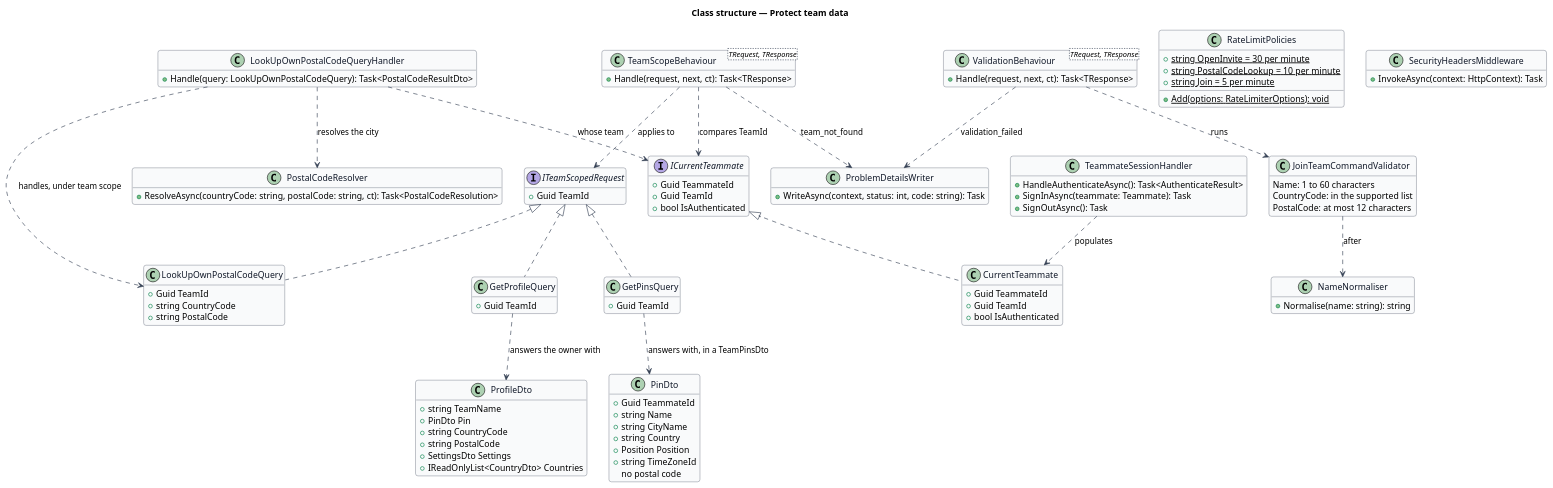
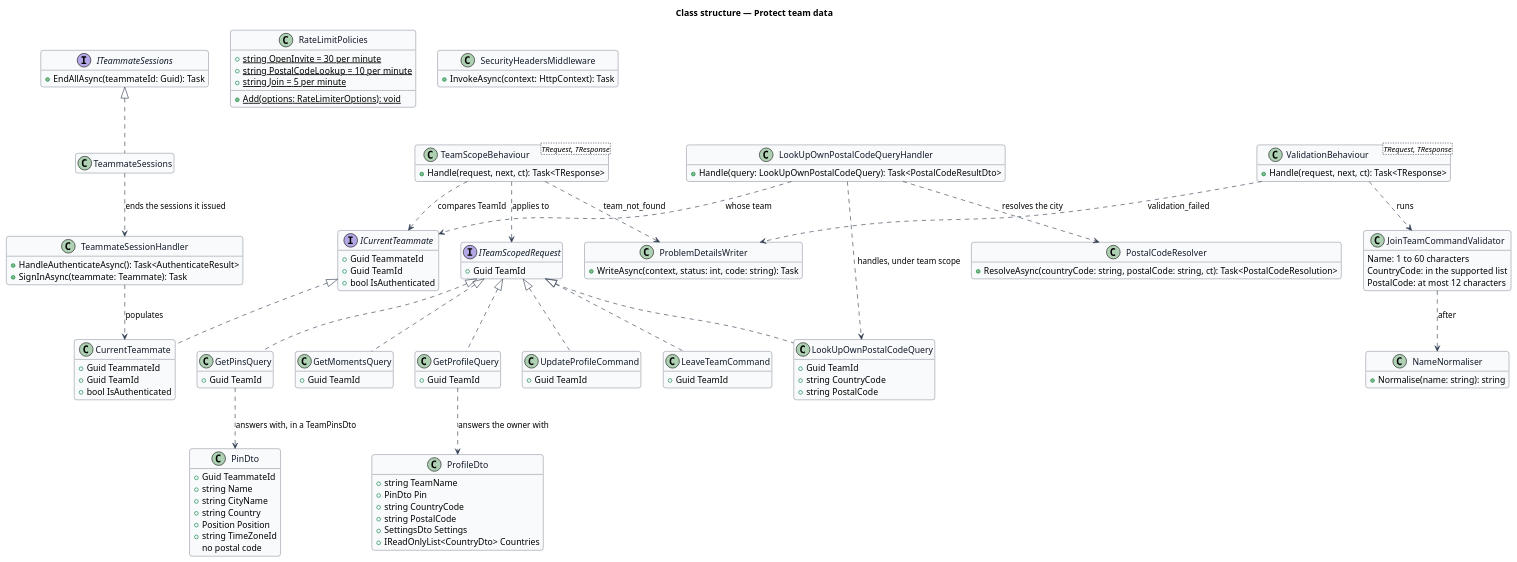
The diagram in docs/detailed-designs/platform/protect-team-data/diagrams/class-structure.puml (QuinntyneBrown/Mondino), drawn with PlantUML before and after one commit. The commit also changed 20 other files, not shown here.

First line of the commit message:
Give every globe, team, time, weather and moments criterion a home: sixth pass

```diff
--- a/docs/detailed-designs/platform/protect-team-data/diagrams/class-structure.puml
+++ b/docs/detailed-designs/platform/protect-team-data/diagrams/class-structure.puml
@@ -1,127 +1,149 @@
 @startuml
 skinparam backgroundColor #FFFFFF
 skinparam shadowing false
 skinparam roundcorner 8
 skinparam defaultFontName Arial
 skinparam ArrowColor #344054
 skinparam class {
   BorderColor #344054
   FontColor #101828
   BackgroundColor #F9FAFB
 }
 hide empty members
 title Class structure — Protect team data
 
 interface ICurrentTeammate {
   +Guid TeammateId
   +Guid TeamId
   +bool IsAuthenticated
 }
 
 class CurrentTeammate {
   +Guid TeammateId
   +Guid TeamId
   +bool IsAuthenticated
 }
 
 class TeammateSessionHandler {
   +HandleAuthenticateAsync(): Task<AuthenticateResult>
   +SignInAsync(teammate: Teammate): Task
-  +SignOutAsync(): Task
 }
+
+interface ITeammateSessions {
+  +EndAllAsync(teammateId: Guid): Task
+}
+
+class TeammateSessions
 
 interface ITeamScopedRequest {
   +Guid TeamId
 }
 
 class TeamScopeBehaviour<TRequest, TResponse> {
   +Handle(request, next, ct): Task<TResponse>
 }
 
 class ValidationBehaviour<TRequest, TResponse> {
   +Handle(request, next, ct): Task<TResponse>
 }
 
 class JoinTeamCommandValidator {
   Name: 1 to 60 characters
   CountryCode: in the supported list
   PostalCode: at most 12 characters
 }
 
 class NameNormaliser {
   +Normalise(name: string): string
 }
 
 class RateLimitPolicies {
   +{static} string OpenInvite = 30 per minute
   +{static} string PostalCodeLookup = 10 per minute
   +{static} string Join = 5 per minute
   +{static} Add(options: RateLimiterOptions): void
 }
 
 class SecurityHeadersMiddleware {
   +InvokeAsync(context: HttpContext): Task
 }
 
 class ProblemDetailsWriter {
   +WriteAsync(context, status: int, code: string): Task
 }
 
 class PinDto {
   +Guid TeammateId
   +string Name
   +string CityName
   +string Country
   +Position Position
   +string TimeZoneId
   no postal code
 }
 
 class ProfileDto {
   +string TeamName
   +PinDto Pin
   +string CountryCode
   +string PostalCode
   +SettingsDto Settings
   +IReadOnlyList<CountryDto> Countries
 }
 
 class GetPinsQuery {
   +Guid TeamId
 }
 
+class GetMomentsQuery {
+  +Guid TeamId
+}
+
 class GetProfileQuery {
+  +Guid TeamId
+}
+
+class UpdateProfileCommand {
+  +Guid TeamId
+}
+
+class LeaveTeamCommand {
   +Guid TeamId
 }
 
 class LookUpOwnPostalCodeQuery {
   +Guid TeamId
   +string CountryCode
   +string PostalCode
 }
 
 class LookUpOwnPostalCodeQueryHandler {
   +Handle(query: LookUpOwnPostalCodeQuery): Task<PostalCodeResultDto>
 }
 
 class PostalCodeResolver {
   +ResolveAsync(countryCode: string, postalCode: string, ct): Task<PostalCodeResolution>
 }
 
 ICurrentTeammate <|.. CurrentTeammate
 TeammateSessionHandler ..> CurrentTeammate : populates
+ITeammateSessions <|.. TeammateSessions
+TeammateSessions ..> TeammateSessionHandler : ends the sessions it issued
 TeamScopeBehaviour ..> ICurrentTeammate : compares TeamId
 TeamScopeBehaviour ..> ITeamScopedRequest : applies to
 ITeamScopedRequest <|.. GetPinsQuery
+ITeamScopedRequest <|.. GetMomentsQuery
 ITeamScopedRequest <|.. GetProfileQuery
+ITeamScopedRequest <|.. UpdateProfileCommand
+ITeamScopedRequest <|.. LeaveTeamCommand
 ITeamScopedRequest <|.. LookUpOwnPostalCodeQuery
 LookUpOwnPostalCodeQueryHandler ..> LookUpOwnPostalCodeQuery : handles, under team scope
 LookUpOwnPostalCodeQueryHandler ..> ICurrentTeammate : whose team
 LookUpOwnPostalCodeQueryHandler ..> PostalCodeResolver : resolves the city
 TeamScopeBehaviour ..> ProblemDetailsWriter : team_not_found
 ValidationBehaviour ..> JoinTeamCommandValidator : runs
 ValidationBehaviour ..> ProblemDetailsWriter : validation_failed
 JoinTeamCommandValidator ..> NameNormaliser : after
 GetPinsQuery ..> PinDto : answers with, in a TeamPinsDto
 GetProfileQuery ..> ProfileDto : answers the owner with
 @enduml
```
